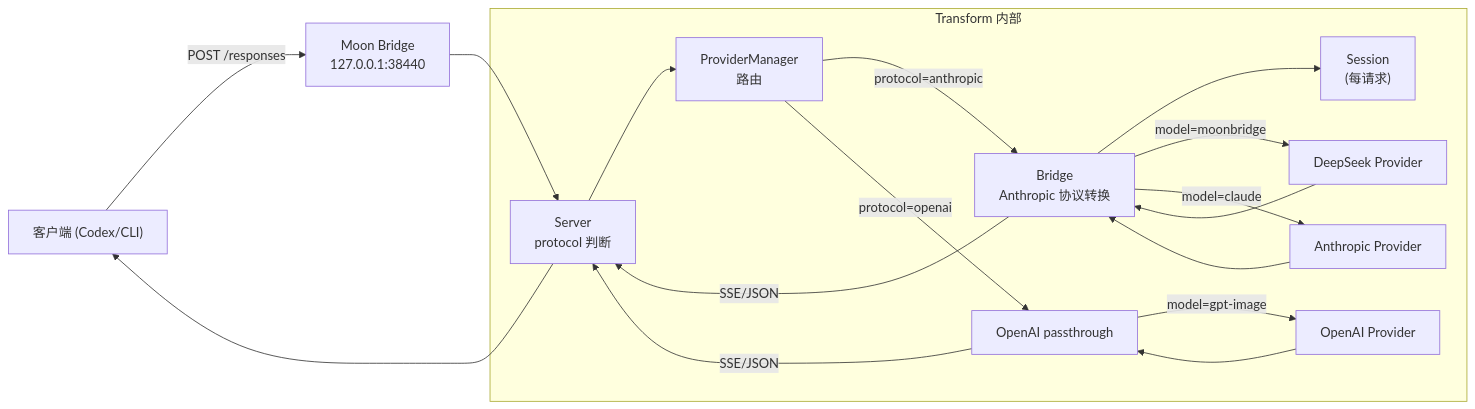
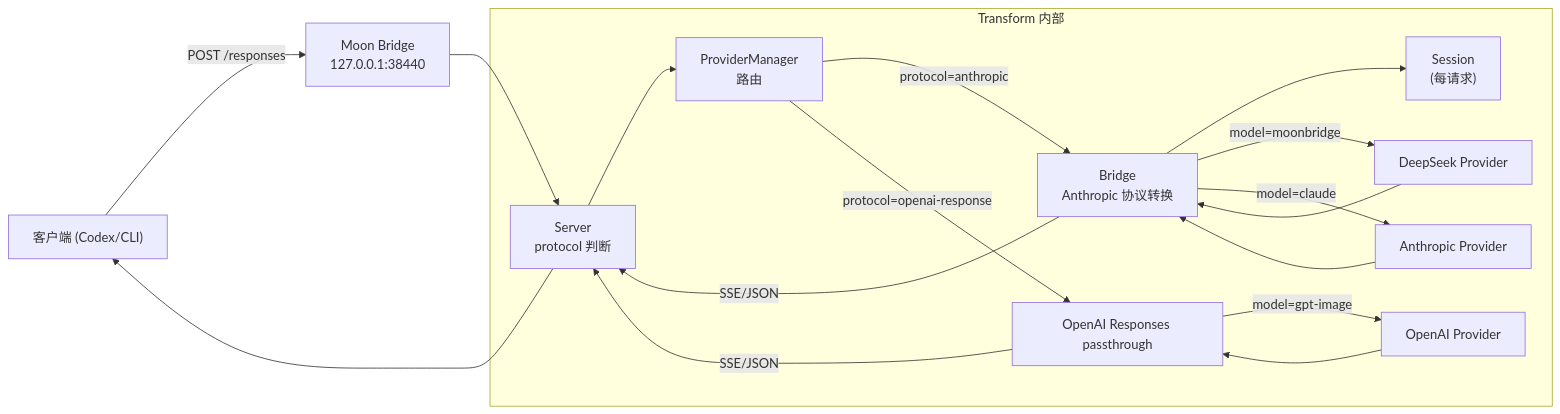
The third of 3 diagrams in docs/architecture.md (soheidon/moon-bridge-desktop), drawn with Mermaid before and after one commit. The commit also changed other lines of this file and 16 other files, not shown here.

First line of the commit message:
🦄 refactor(cmd): 重命名 openai 协议为 openai-response 并重构 CLI 启动流程

````diff
--- a/docs/architecture.md
+++ b/docs/architecture.md
@@ -279,32 +279,32 @@
 ```mermaid
 flowchart LR
     client["客户端 (Codex/CLI)"]
     mb["Moon Bridge\n127.0.0.1:38440"]
 
     subgraph Transform["Transform 内部"]
         server["Server\nprotocol 判断"]
         bridge["Bridge\nAnthropic 协议转换"]
         session["Session\n(每请求)"]
         pm["ProviderManager\n路由"]
-        oai_proxy["OpenAI passthrough"]
+        oai_proxy["OpenAI Responses passthrough"]
         ds["DeepSeek Provider"]
         oai["OpenAI Provider"]
         ant["Anthropic Provider"]
     end
 
     client -- POST /responses --> mb
     mb --> server
     server --> pm
-    pm -- protocol=anthropic --> bridge
+    pm -->|protocol=anthropic| bridge
     bridge --> session
     bridge -- model=moonbridge --> ds
     bridge -- model=claude --> ant
-    pm -- protocol=openai --> oai_proxy
+    pm -->|protocol=openai-response| oai_proxy
     oai_proxy -- model=gpt-image --> oai
     ds --> bridge
     ant --> bridge
     bridge -- SSE/JSON --> server
     oai --> oai_proxy
     oai_proxy -- SSE/JSON --> server
     server --> client
 ```
````
